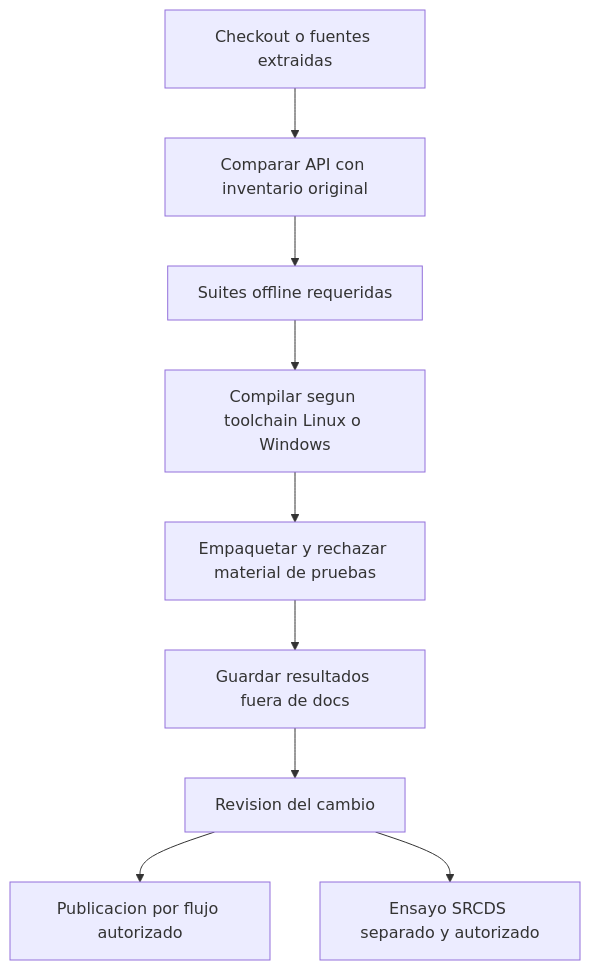
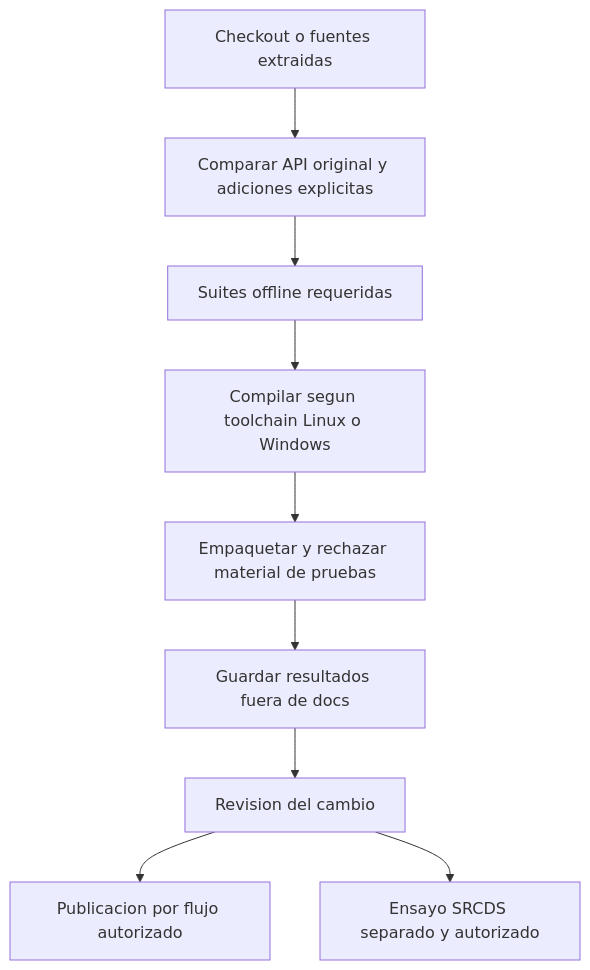
Before and after one commit to AoC-Gamers/SteamWorks: the diagram in docs/build/ci.md, drawn with Mermaid. The commit also changed other lines of this file and 54 other files, not shown here.

````diff
--- a/docs/build/ci.md
+++ b/docs/build/ci.md
@@ -14,11 +14,11 @@
 ```mermaid
 flowchart TD
- A[Checkout o fuentes extraidas] --> C[Comparar API con inventario original]
+ A[Checkout o fuentes extraidas] --> C[Comparar API original y adiciones explicitas]
  C --> D[Suites offline requeridas]
  D --> E[Compilar segun toolchain Linux o Windows]
  E --> F[Empaquetar y rechazar material de pruebas]
  F --> G[Guardar resultados fuera de docs]
  G --> H[Revision del cambio]
  H --> I[Publicacion por flujo autorizado]
  H --> J[Ensayo SRCDS separado y autorizado]
 ```
````
